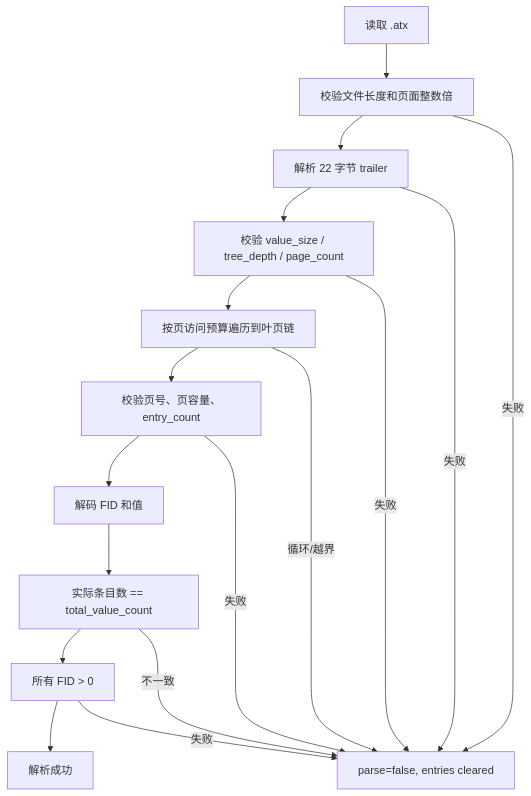
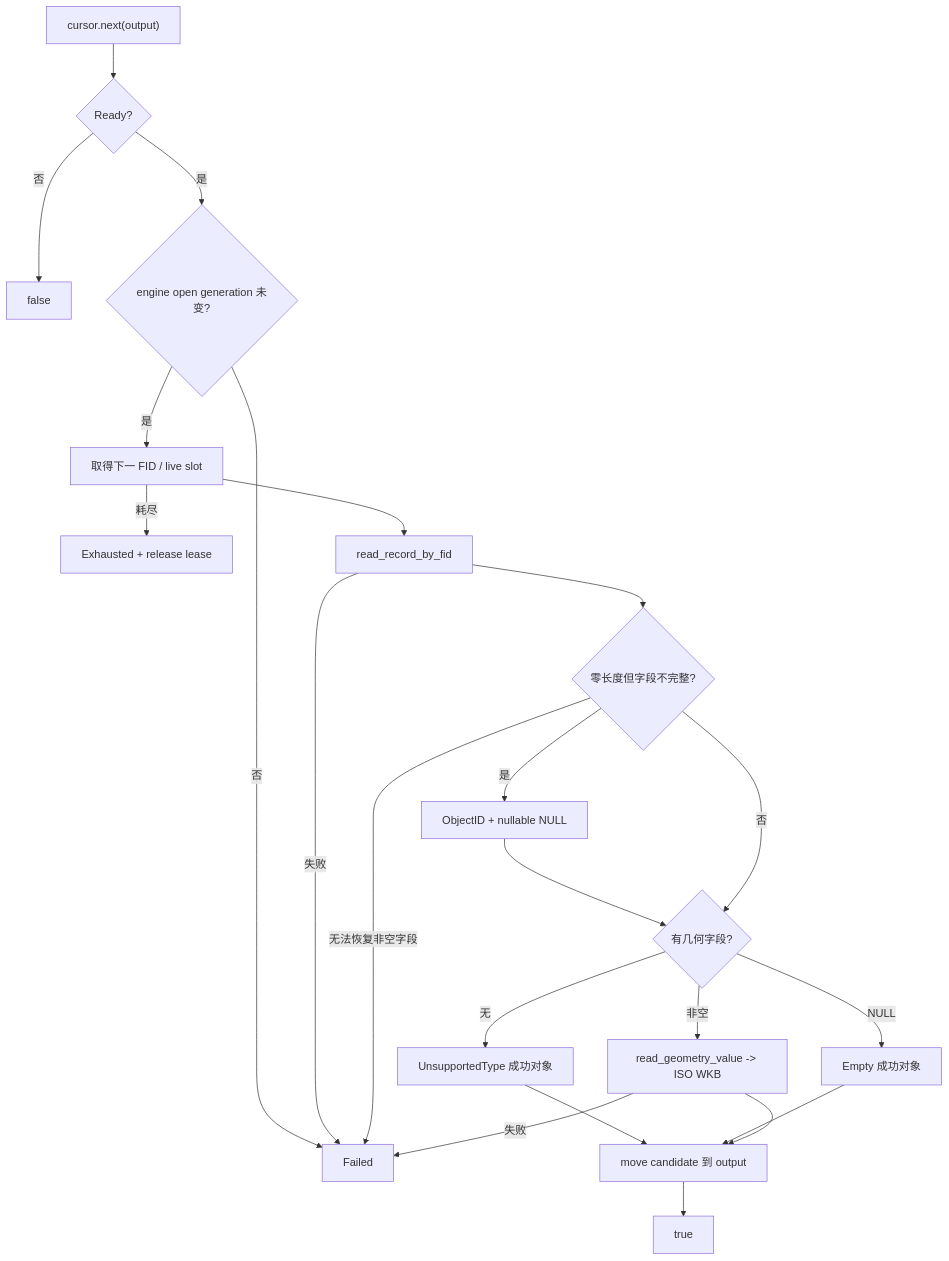
Before and after one commit to EdgarLQS/fast-gdb: the fourth of 5 diagrams in src/edgar/explorgdb/reader/QUERY_FLOW.md, drawn with Mermaid. The commit also changed other lines of this file, not shown here.

Commit message:
docs: document full-feature cursor and move_to flow

````diff
--- a/src/edgar/explorgdb/reader/QUERY_FLOW.md
+++ b/src/edgar/explorgdb/reader/QUERY_FLOW.md
@@ -115,20 +81,24 @@
 ```mermaid
 flowchart TD
-    FILE["读取 .atx"] --> SIZE["校验文件长度和页面整数倍"]
-    SIZE --> TRAILER["解析 22 字节 trailer"]
-    TRAILER --> DEPTH["校验 value_size / tree_depth / page_count"]
-    DEPTH --> TREE["按页访问预算遍历到叶页链"]
-    TREE --> PAGE["校验页号、页容量、entry_count"]
-    PAGE --> DECODE["解码 FID 和值"]
-    DECODE --> COUNT["实际条目数 == total_value_count"]
-    COUNT --> FID0["所有 FID > 0"]
-    FID0 --> OK["解析成功"]
-
-    SIZE -->|失败| FAIL["parse=false, entries cleared"]
-    TRAILER -->|失败| FAIL
-    DEPTH -->|失败| FAIL
-    TREE -->|循环/越界| FAIL
-    PAGE -->|失败| FAIL
-    COUNT -->|不一致| FAIL
-    FID0 -->|失败| FAIL
+    NEXT["cursor.next(output)"] --> STATE{"Ready?"}
+    STATE -->|否| FALSE["false"]
+    STATE -->|是| GEN{"engine open generation 未变?"}
+    GEN -->|否| FAIL["Failed"]
+    GEN -->|是| FID["取得下一 FID / live slot"]
+    FID -->|耗尽| EOF["Exhausted + release lease"]
+    FID --> ROW["read_record_by_fid"]
+    ROW -->|失败| FAIL
+    ROW --> ZERO{"零长度但字段不完整?"}
+    ZERO -->|是| NORMALIZE["ObjectID + nullable NULL"]
+    ZERO -->|无法恢复非空字段| FAIL
+    NORMALIZE --> GEOM
+    ZERO -->|否| GEOM{"有几何字段?"}
+    GEOM -->|无| NOGEOM["UnsupportedType 成功对象"]
+    GEOM -->|NULL| EMPTY["Empty 成功对象"]
+    GEOM -->|非空| WKB["read_geometry_value -> ISO WKB"]
+    WKB -->|失败| FAIL
+    NOGEOM --> COMMIT["move candidate 到 output"]
+    EMPTY --> COMMIT
+    WKB --> COMMIT
+    COMMIT --> TRUE["true"]
 ```
````
